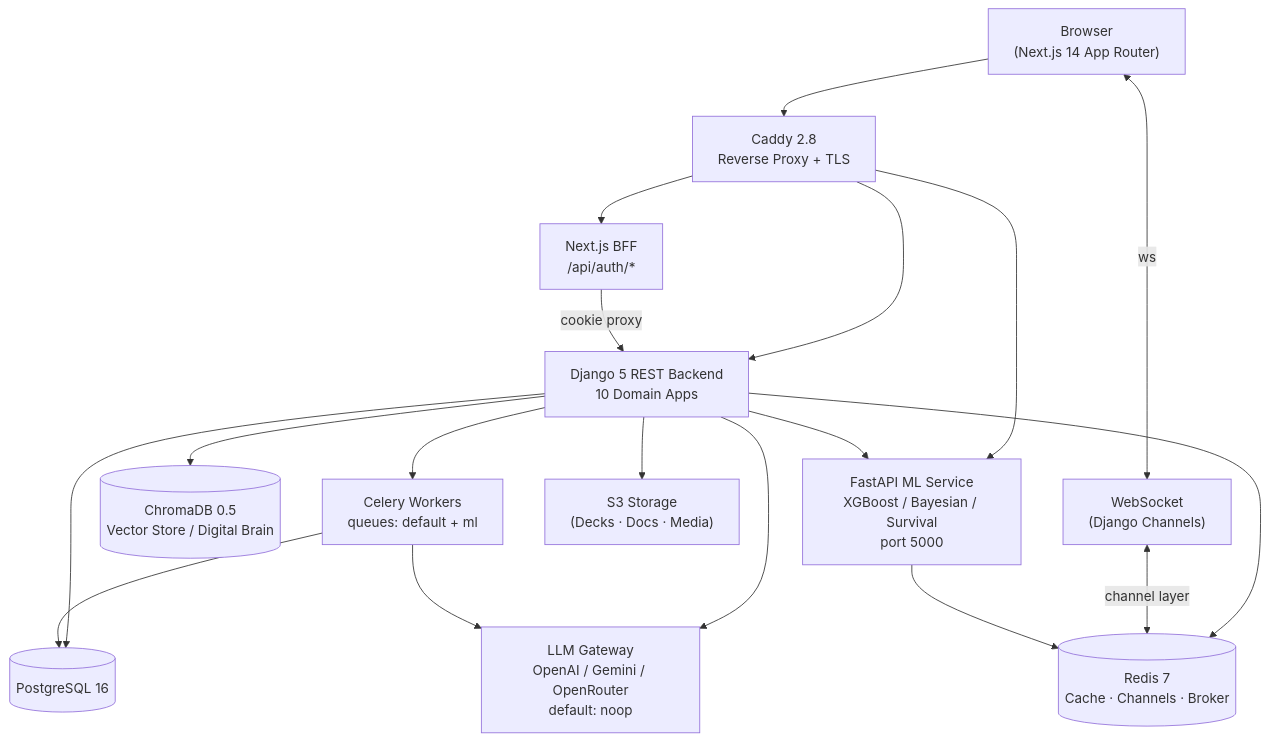
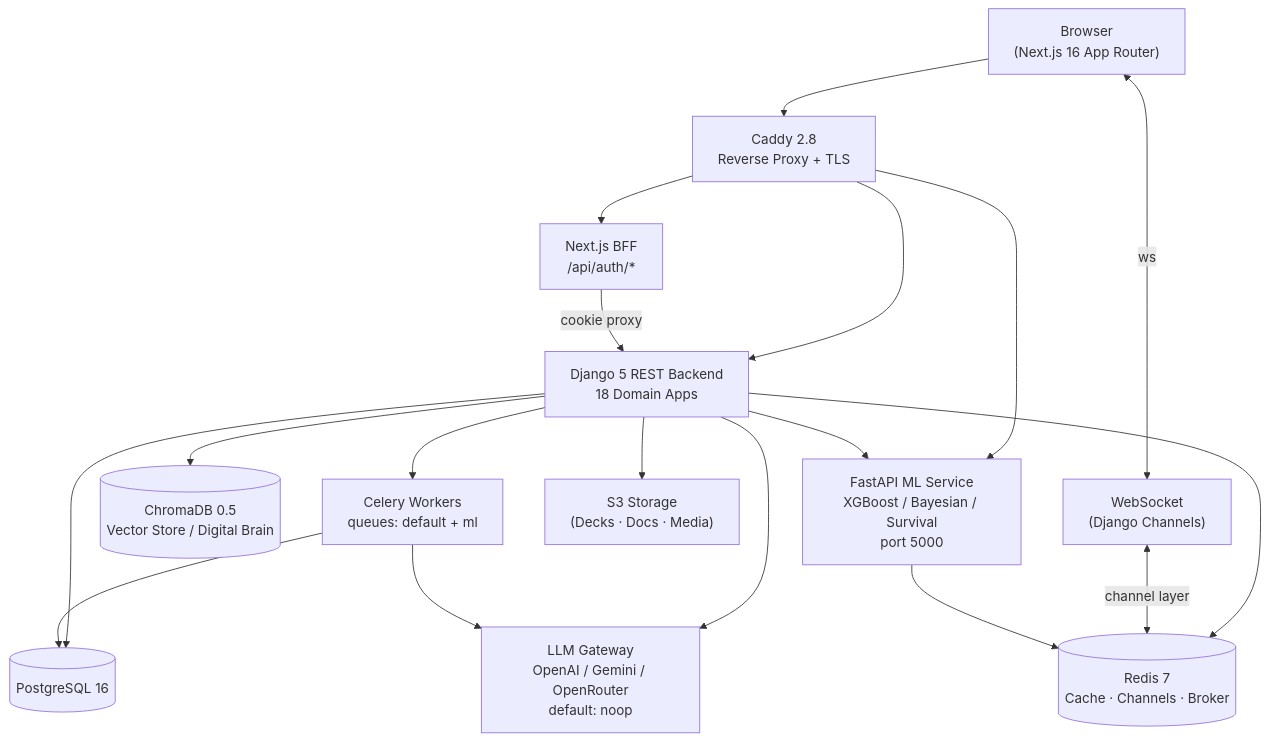
One commit to dozimikes/pitchmic changed the first of 27 diagrams in README.md. Above: the diagram before and after it, drawn with Mermaid. The commit also changed other lines of this file and 1 other file, not shown here.

````diff
--- a/README.md
+++ b/README.md
@@ -12,24 +12,24 @@
 ```mermaid
 flowchart TD
-    Browser[" Browser\n(Next.js 14 App Router)"]
+    Browser[" Browser\n(Next.js 16 App Router)"]
     Caddy["Caddy 2.8\nReverse Proxy + TLS"]
     NextBFF["Next.js BFF\n/api/auth/*"]
-    Django["Django 5 REST Backend\n10 Domain Apps"]
+    Django["Django 5 REST Backend\n18 Domain Apps"]
     MLSvc["FastAPI ML Service\nXGBoost / Bayesian / Survival\nport 5000"]
     PG[(PostgreSQL 16)]
     Redis[(Redis 7\nCache · Channels · Broker)]
     Chroma[(ChromaDB 0.5\nVector Store / Digital Brain)]
     Celery["Celery Workers\nqueues: default + ml"]
     LLM["LLM Gateway\nOpenAI / Gemini / OpenRouter\ndefault: noop"]
     S3["S3 Storage\n(Decks · Docs · Media)"]
     WS["WebSocket\n(Django Channels)"]
 
     Browser --> Caddy
     Caddy --> NextBFF & Django & MLSvc
     Browser <-->|ws| WS
     NextBFF -->|cookie proxy| Django
     Django --> PG & Redis & Chroma & Celery & MLSvc & LLM & S3
     WS <-->|channel layer| Redis
     MLSvc --> Redis
     Celery --> PG & LLM
 ```
````
